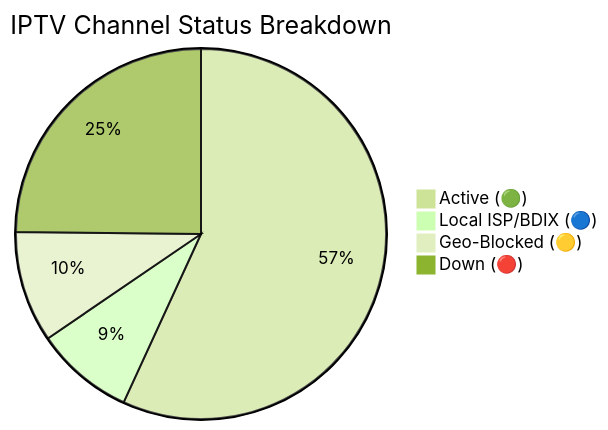
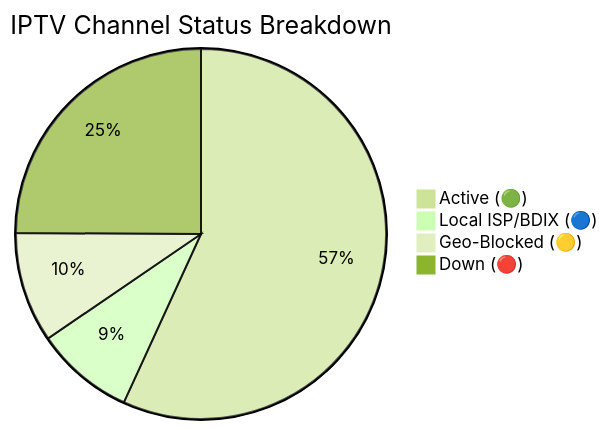
One commit to Zaman-Topu/Ip-tv-Collection changed the diagram in README.md. Above: the diagram before and after it, drawn with Mermaid (forest theme). The commit also changed other lines of this file and 6 other files, not shown here.

````diff
--- a/README.md
+++ b/README.md
@@ -149,7 +149,7 @@
 ```mermaid
 pie title IPTV Channel Status Breakdown
-    "Active (🟢)" : 10468
-    "Local ISP/BDIX (🔵)" : 1587
-    "Geo-Blocked (🟡)" : 1786
-    "Down (🔴)" : 4571
+    "Active (🟢)" : 10489
+    "Local ISP/BDIX (🔵)" : 1592
+    "Geo-Blocked (🟡)" : 1776
+    "Down (🔴)" : 4598
 ```
````
